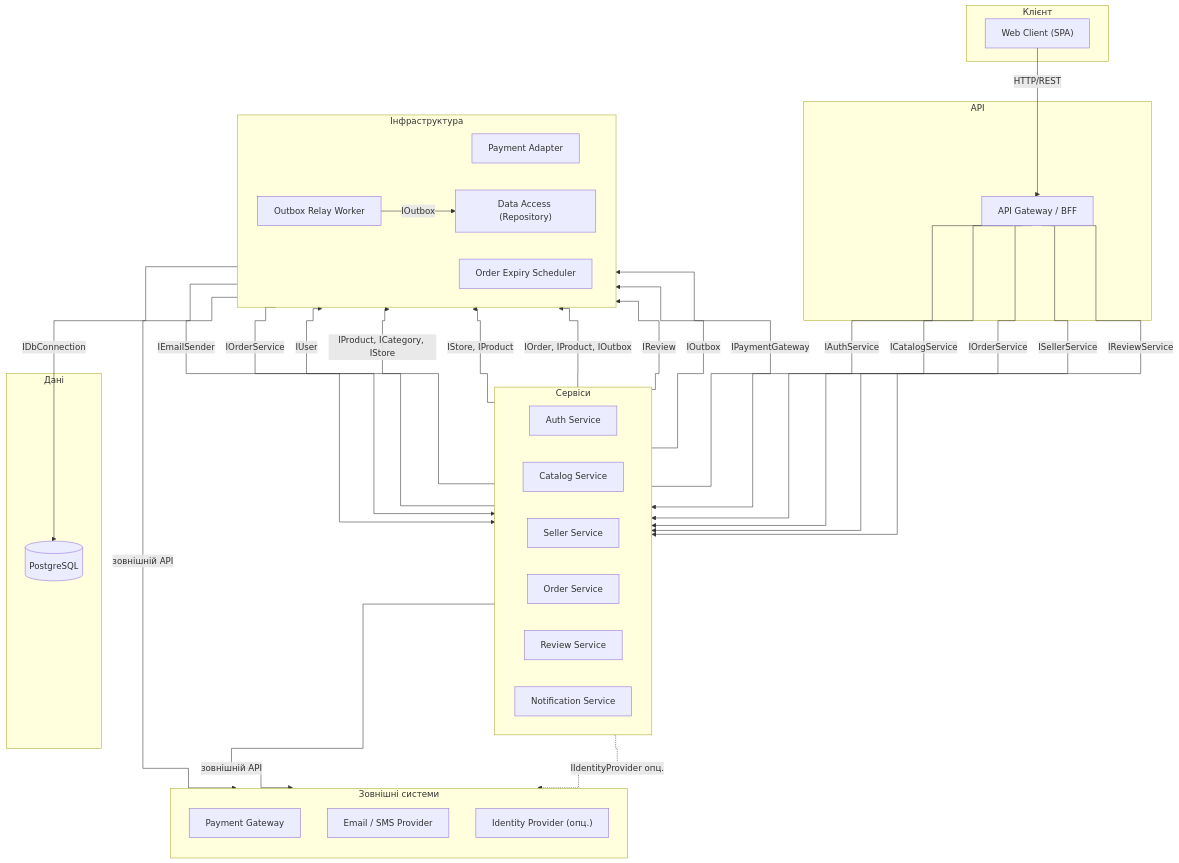
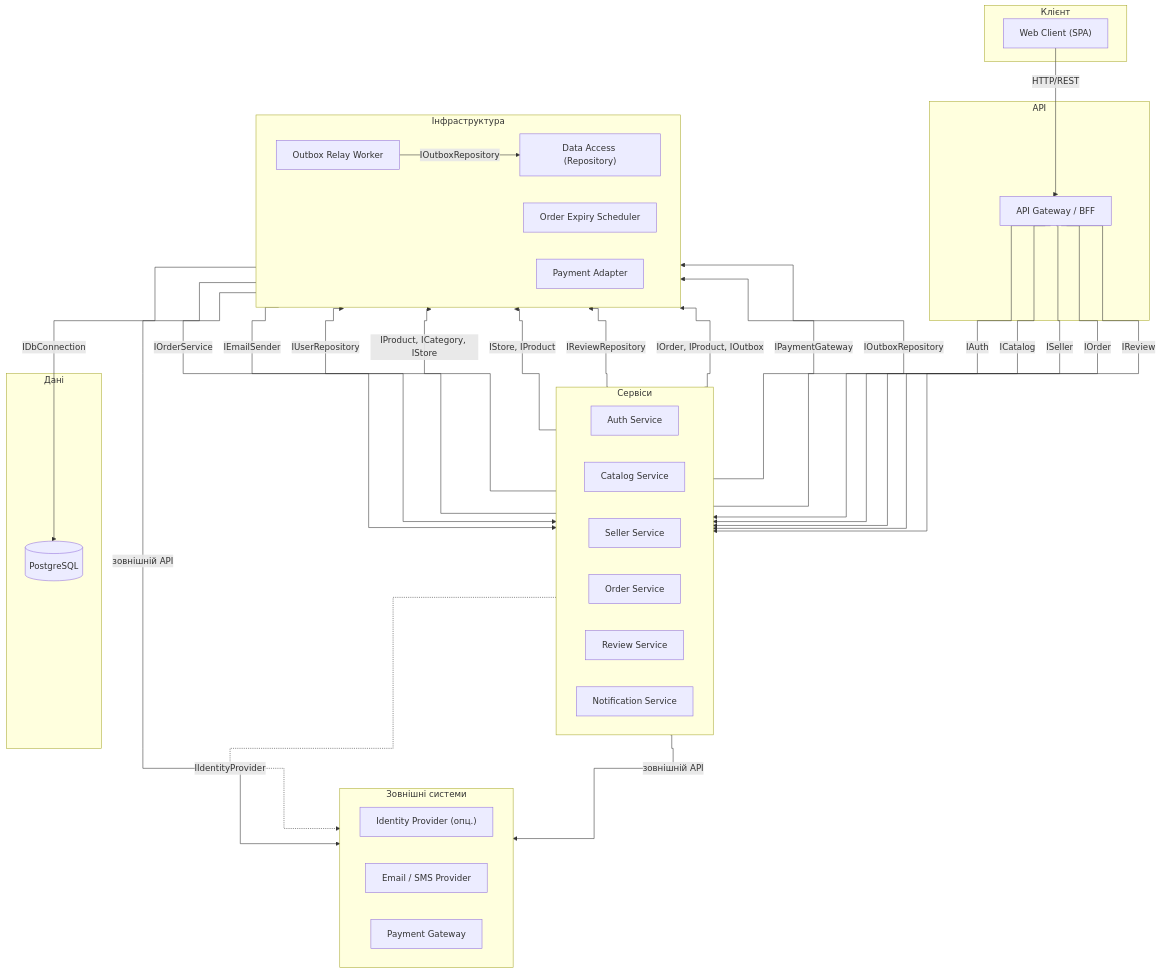
The diagram in task-5/component.md (Stefect/Modeling-and-Analysis-of-Software-Requirements), drawn with Mermaid before and after one commit.

Commit message:
refactor: оновлено порядок підграфів та скорочені мітки (IAuth, ICatalog, ...)

````diff
--- a/task-5/component.md
+++ b/task-5/component.md
@@ -9,72 +9,79 @@
 ```mermaid
 %%{init: {"flowchart": {"curve": "step"}}}%%
 flowchart TB
     %% --- Клієнт ---
     subgraph Client["Клієнт"]
         WebClient["Web Client (SPA)"]
     end
 
     %% --- API ---
     subgraph API["API"]
         Gateway["API Gateway / BFF"]
     end
 
     %% --- Сервіси ---
     subgraph Services["Сервіси"]
         direction LR
         AuthService["Auth Service"]
         CatalogService["Catalog Service"]
         SellerService["Seller Service"]
         OrderService["Order Service"]
         ReviewService["Review Service"]
         NotificationService["Notification Service"]
     end
 
     %% --- Інфраструктура ---
     subgraph Infra["Інфраструктура"]
         direction LR
-        PaymentAdapter["Payment Adapter"]
+        DataAccess["Data Access (Repository)"]
         OutboxRelay["Outbox Relay Worker"]
         ExpiryScheduler["Order Expiry Scheduler"]
-        DataAccess["Data Access (Repository)"]
+        PaymentAdapter["Payment Adapter"]
     end
 
-    %% --- Дані ---
+    %% --- База даних ---
     subgraph Data["Дані"]
         Database[("PostgreSQL")]
     end
 
-    %% --- Зовнішні ---
+    %% --- Зовнішні системи ---
     subgraph External["Зовнішні системи"]
-        direction TB
+        direction LR
+        IdentityProvider["Identity Provider (опц.)"]
+        EmailProvider["Email / SMS Provider"]
         PaymentGateway["Payment Gateway"]
-        EmailProvider["Email / SMS Provider"]
-        IdentityProvider["Identity Provider (опц.)"]
     end
 
-    %% --- Зв'язки (основний потік) ---
+    %% --- Зв'язки (Клієнт -> API) ---
     WebClient -->|HTTP/REST| Gateway
-    Gateway -->|IAuthService| AuthService
-    Gateway -->|ICatalogService| CatalogService
-    Gateway -->|IOrderService| OrderService
-    Gateway -->|ISellerService| SellerService
-    Gateway -->|IReviewService| ReviewService
 
-    AuthService -->|IUser| DataAccess
+    %% --- Зв'язки (API -> Сервіси) ---
+    Gateway -->|IAuth| AuthService
+    Gateway -->|ICatalog| CatalogService
+    Gateway -->|ISeller| SellerService
+    Gateway -->|IOrder| OrderService
+    Gateway -->|IReview| ReviewService
+
+    %% --- Зв'язки (Сервіси -> Інфраструктура / БД) ---
+    AuthService -->|IUserRepository| DataAccess
+    AuthService -.->|IIdentityProvider| IdentityProvider
+
     CatalogService -->|IProduct, ICategory, IStore| DataAccess
     SellerService -->|IStore, IProduct| DataAccess
+    ReviewService -->|IReviewRepository| DataAccess
+
     OrderService -->|IOrder, IProduct, IOutbox| DataAccess
-    ReviewService -->|IReview| DataAccess
+    OrderService -->|IPaymentGateway| PaymentAdapter
+    OrderService -->|IOutboxRepository| OutboxRelay
 
-    OrderService -->|IOutbox| OutboxRelay
-    OutboxRelay -->|IOutbox| DataAccess
-    OutboxRelay -->|IEmailSender| NotificationService
     ExpiryScheduler -->|IOrderService| OrderService
 
-    OrderService -->|IPaymentGateway| PaymentAdapter
+    OutboxRelay -->|IOutboxRepository| DataAccess
+    OutboxRelay -->|IEmailSender| NotificationService
+
+    NotificationService -->|зовнішній API| EmailProvider
     PaymentAdapter -->|зовнішній API| PaymentGateway
-    NotificationService -->|зовнішній API| EmailProvider
-    AuthService -.->|IIdentityProvider опц.| IdentityProvider
 
+    %% --- БД ---
     DataAccess -->|IDbConnection| Database
 ```
````
